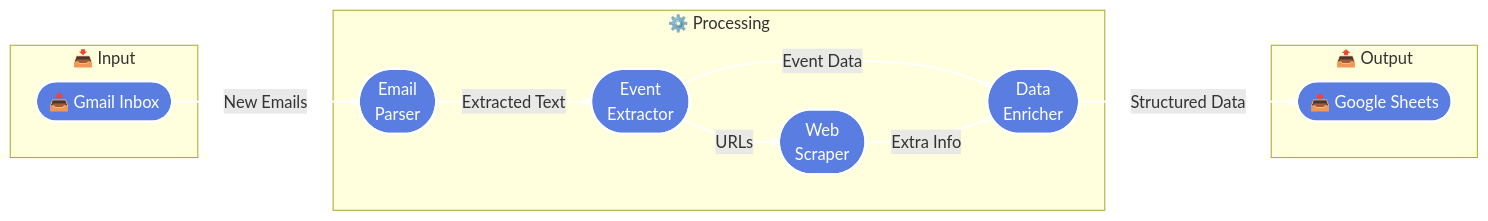
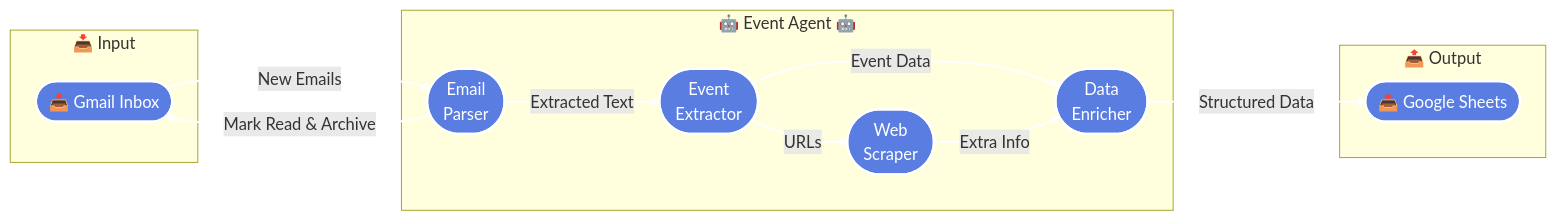
Before and after one commit to lauren-cordova/event-agent: the diagram in README.md, drawn with Mermaid.

Commit message:
Update README.md
formatting and details

````diff
--- a/README.md
+++ b/README.md
@@ -20,33 +20,34 @@
 ```mermaid
 flowchart LR
     subgraph Input [📥 Input]
         G([📥 Gmail Inbox])
     end
 
-    subgraph Processing [⚙️ Processing]
+    subgraph Processing [🤖 Event Agent 🤖]
         E([Email<br>Parser])
         X([Event<br>Extractor])
         W([Web<br>Scraper])
         D([Data<br>Enricher])
     end
 
     subgraph Output [📤 Output]
         S([📤 Google Sheets])
     end
 
     G -->|New Emails| E
+    E -->|Mark Read & Archive| G
     E -->|Extracted Text| X
     X -->|Event Data| D
     X -->|URLs| W
     W -->|Extra Info| D
     D -->|Structured Data| S
 
     style G fill:#5a7de2,stroke:#fff,stroke-width:2px,color:#fff
     style E fill:#5a7de2,stroke:#fff,stroke-width:2px,color:#fff
     style X fill:#5a7de2,stroke:#fff,stroke-width:2px,color:#fff
     style W fill:#5a7de2,stroke:#fff,stroke-width:2px,color:#fff
     style D fill:#5a7de2,stroke:#fff,stroke-width:2px,color:#fff
     style S fill:#5a7de2,stroke:#fff,stroke-width:2px,color:#fff
 
     linkStyle default stroke:#fff,stroke-width:2px
 ```
````
